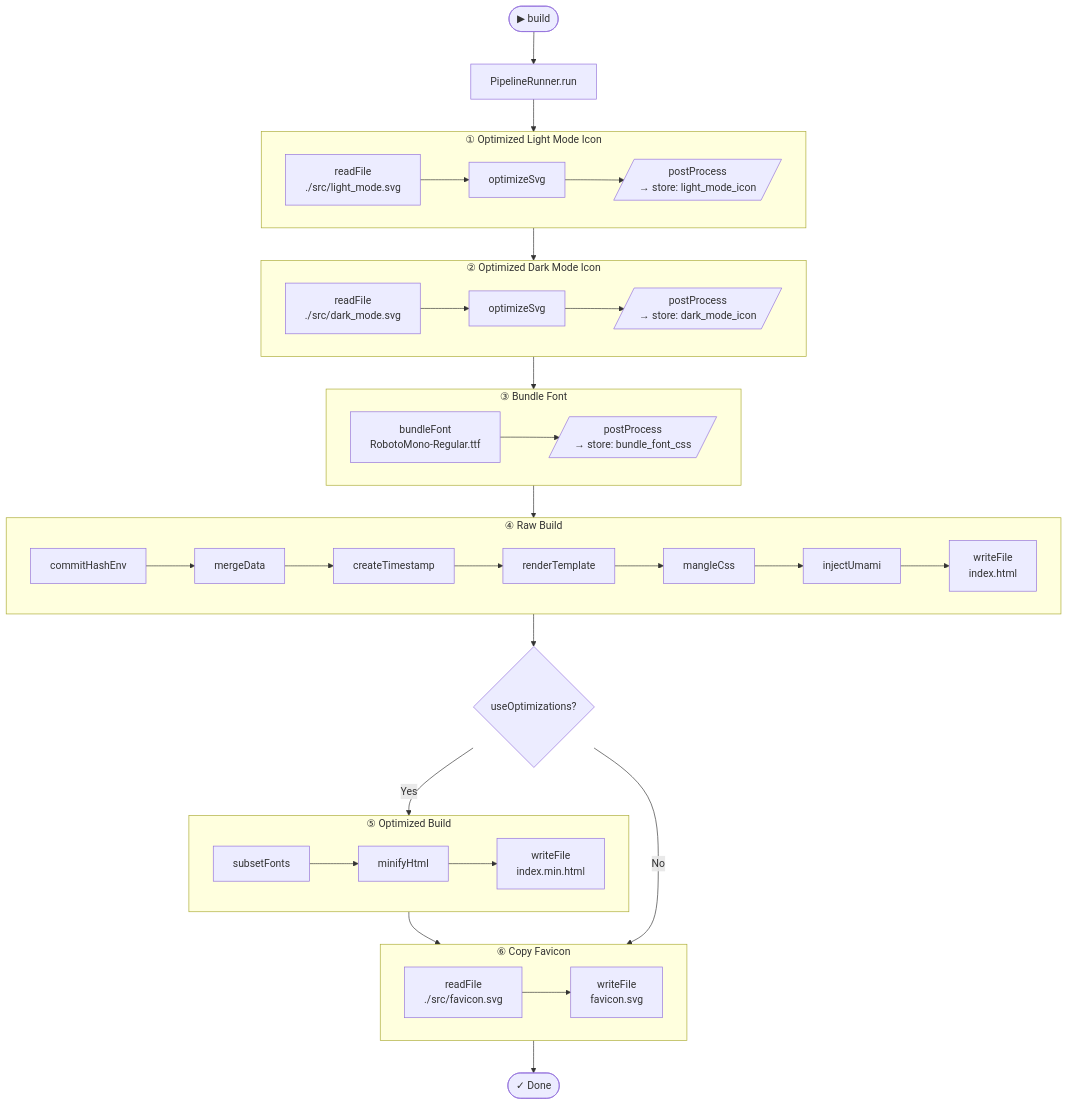
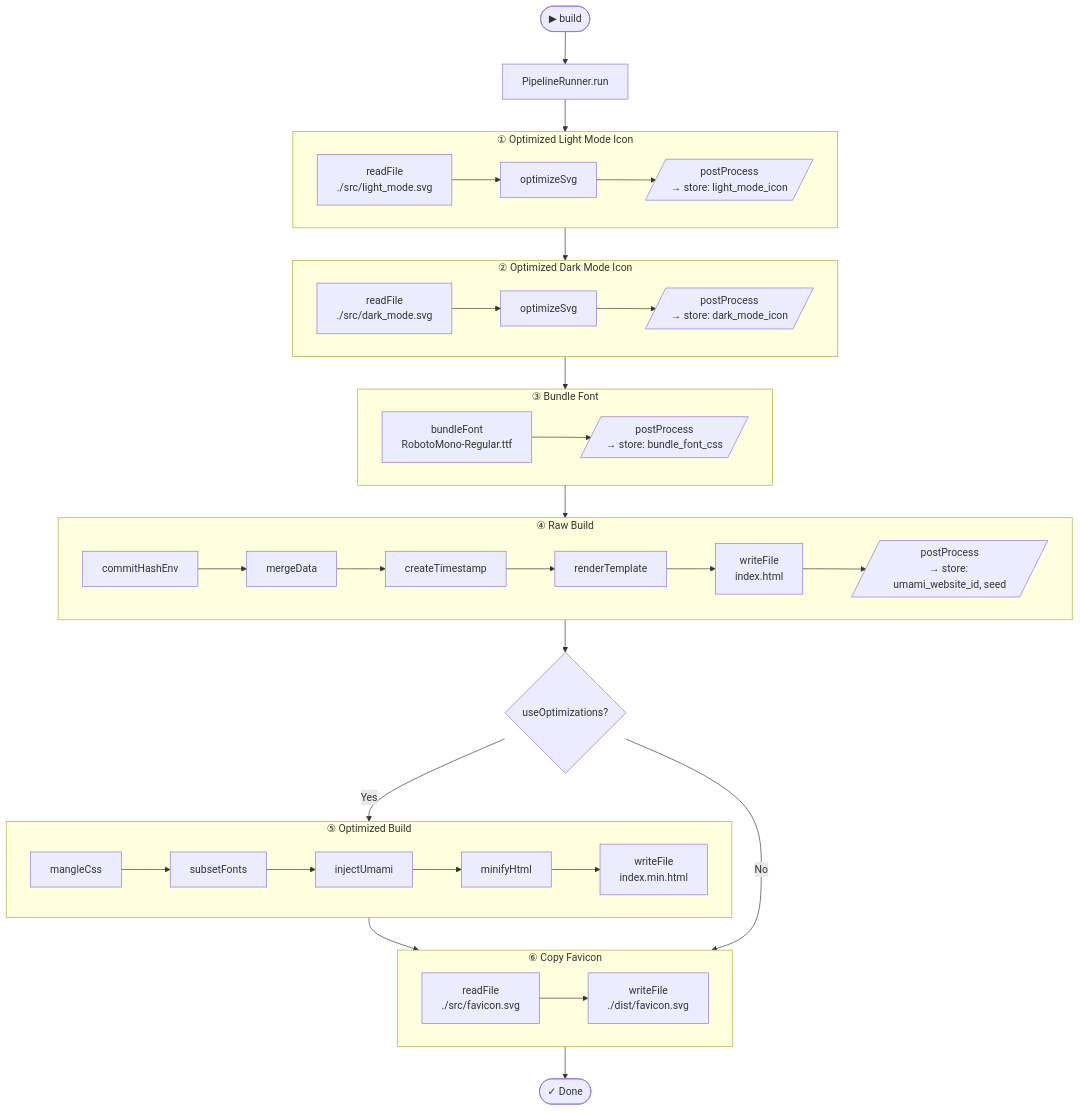
One commit to swdegay/swdegay.github.io changed the diagram in README.md. Above: the diagram before and after it, drawn with Mermaid. The commit also changed 2 other files, not shown here.

Commit message:
move optimizations out of raw build pipeline

````diff
--- a/README.md
+++ b/README.md
@@ -11,40 +11,40 @@
 ```mermaid
 flowchart TD
     Start([▶ build]) --> Runner[PipelineRunner.run]
     Runner --> sg1
 
     subgraph sg1["① Optimized Light Mode Icon"]
         direction LR
         A1["readFile\n./src/light_mode.svg"] --> A2[optimizeSvg] --> A3[/"postProcess\n→ store: light_mode_icon"/]
     end
 
     subgraph sg2["② Optimized Dark Mode Icon"]
         direction LR
         B1["readFile\n./src/dark_mode.svg"] --> B2[optimizeSvg] --> B3[/"postProcess\n→ store: dark_mode_icon"/]
     end
 
     subgraph sg3["③ Bundle Font"]
         direction LR
         C1["bundleFont\nRobotoMono-Regular.ttf"] --> C2[/"postProcess\n→ store: bundle_font_css"/]
     end
 
     subgraph sg4["④ Raw Build"]
         direction LR
-        D1[commitHashEnv] --> D2[mergeData] --> D3["createTimestamp"] --> D4[renderTemplate] --> D5[mangleCss] --> D6[injectUmami] --> D7["writeFile\nindex.html"]
+        D1[commitHashEnv] --> D2[mergeData] --> D3["createTimestamp"] --> D4[renderTemplate] --> D5["writeFile\nindex.html"] --> D6[/"postProcess\n→ store: umami_website_id, seed"/]
     end
 
     subgraph sg5["⑤ Optimized Build"]
         direction LR
-        E1[subsetFonts] --> E2[minifyHtml] --> E3["writeFile\nindex.min.html"]
+        E1[mangleCss] --> E2[subsetFonts] --> E3[injectUmami] --> E4[minifyHtml] --> E5["writeFile\nindex.min.html"]
     end
 
     subgraph sg6["⑥ Copy Favicon"]
         direction LR
-        F1["readFile\n./src/favicon.svg"] --> F2["writeFile\nfavicon.svg"]
+        F1["readFile\n./src/favicon.svg"] --> F2["writeFile\n./dist/favicon.svg"]
     end
 
     sg1 --> sg2 --> sg3 --> sg4 --> Cond{useOptimizations?}
     Cond -- Yes --> sg5 --> sg6
     Cond -- No --> sg6
     sg6 --> Done(["✓ Done"])
 ```
````
